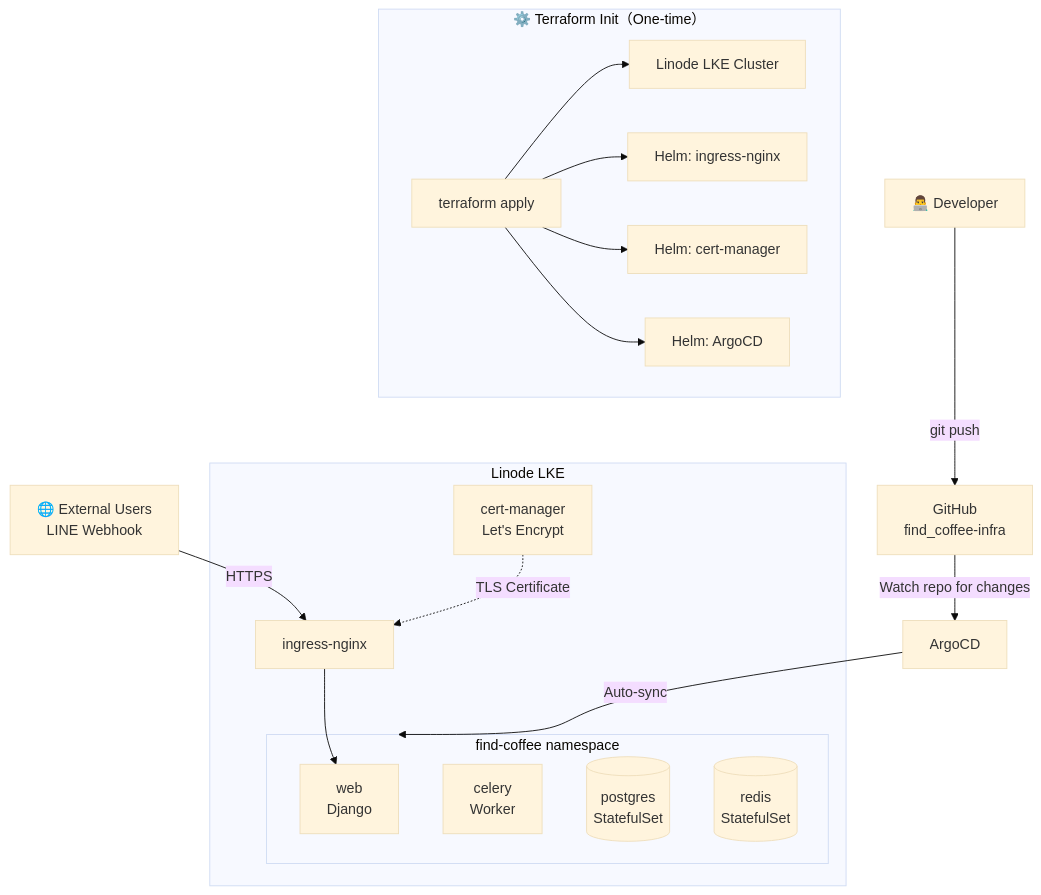
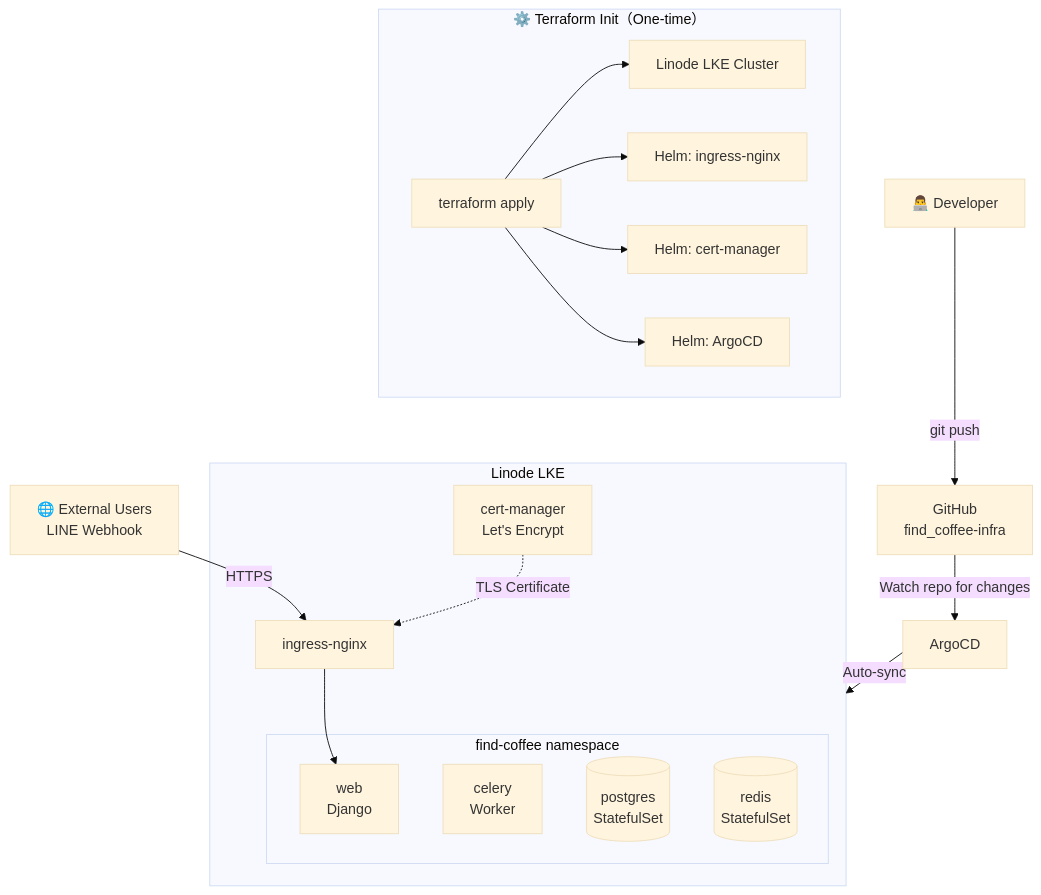
Before and after one commit to KK-Huang86/Find_Coffee-infra: the first of 3 diagrams in README.en.md, drawn with Mermaid (base theme). The commit also changed 1 other file, not shown here.

Commit message:
doc: adjust README

````diff
--- a/README.en.md
+++ b/README.en.md
@@ -17,31 +17,31 @@
 ```mermaid
 graph TB
     Dev[👨‍💻 Developer] -->|git push| GitHub[GitHub\nfind_coffee-infra]
 
     subgraph Terraform [⚙️ Terraform Init（One-time）]
         TF[terraform apply]
         TF --> LKE[Linode LKE Cluster]
         TF --> H1[Helm: ingress-nginx]
         TF --> H2[Helm: cert-manager]
         TF --> H3[Helm: ArgoCD]
     end
 
     GitHub -->|Watch repo for changes| ArgoCD[ArgoCD]
-    ArgoCD -->|Auto-sync| NS
+    ArgoCD -->|Auto-sync| Cluster
 
     subgraph Cluster [Linode LKE]
         subgraph NS [find-coffee namespace]
             Web[web\nDjango]
             Celery[celery\nWorker]
             PG[(postgres\nStatefulSet)]
             Redis[(redis\nStatefulSet)]
         end
 
         Nginx[ingress-nginx]
         Cert[cert-manager\nLet's Encrypt]
     end
 
     User[🌐 External Users\nLINE Webhook] -->|HTTPS| Nginx
     Nginx --> Web
     Cert -.->|TLS Certificate| Nginx
 ```
````
